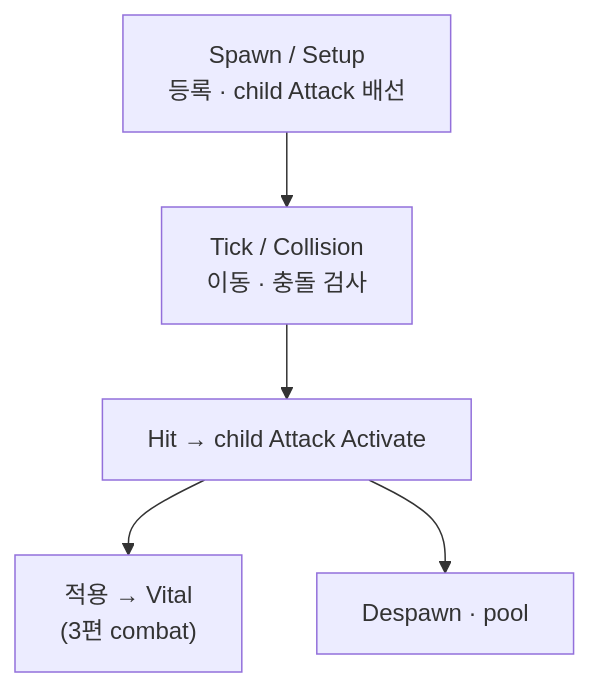
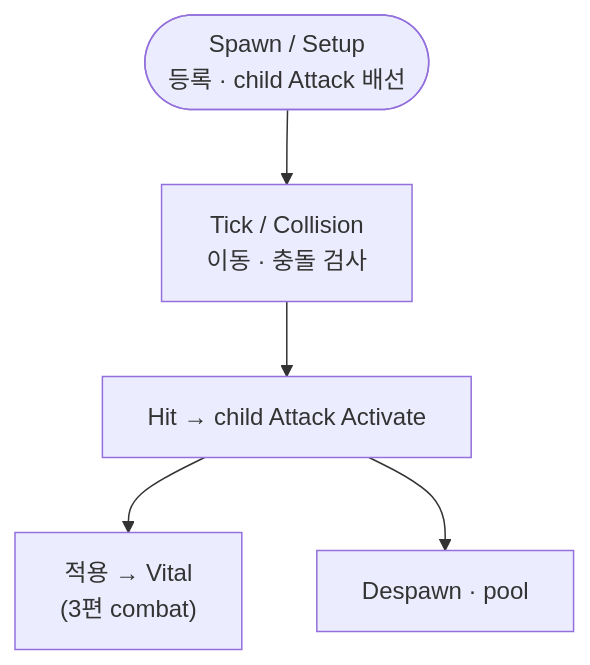
The diagram in notes/dragon-combat-projectile.md (monet5379/monet5379.github.io), drawn with Mermaid before and after one commit. The commit also changed 7 other files, not shown here.

Commit message:
fix(notes): dragon-combat How Mermaid visual contract

````diff
--- a/notes/dragon-combat-projectile.md
+++ b/notes/dragon-combat-projectile.md
@@ -40,7 +40,8 @@
 ```mermaid
 flowchart TD
-  SP["Spawn / Setup<br/>등록 · child Attack 배선"] --> TK["Tick / Collision<br/>이동 · 충돌 검사"]
+  SP(["Spawn / Setup<br/>등록 · child Attack 배선"])
+  SP --> TK["Tick / Collision<br/>이동 · 충돌 검사"]
   TK --> HT["Hit → child Attack Activate"]
   HT --> AP["적용 → Vital<br/>(3편 combat)"]
   HT --> DS["Despawn · pool"]
 ```
````
